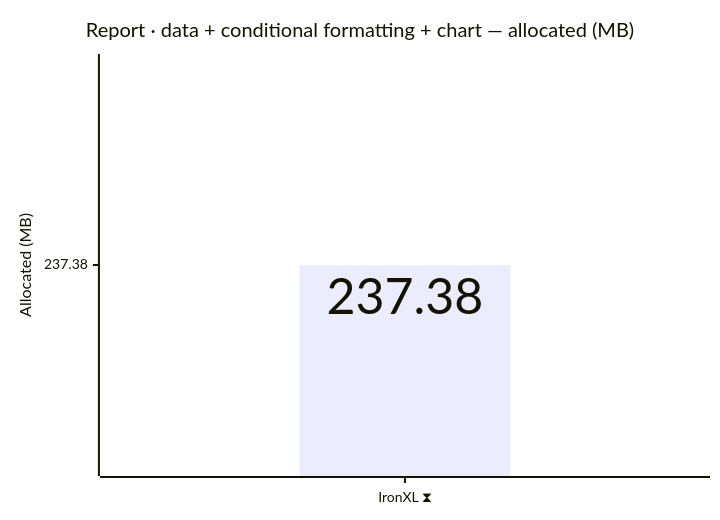
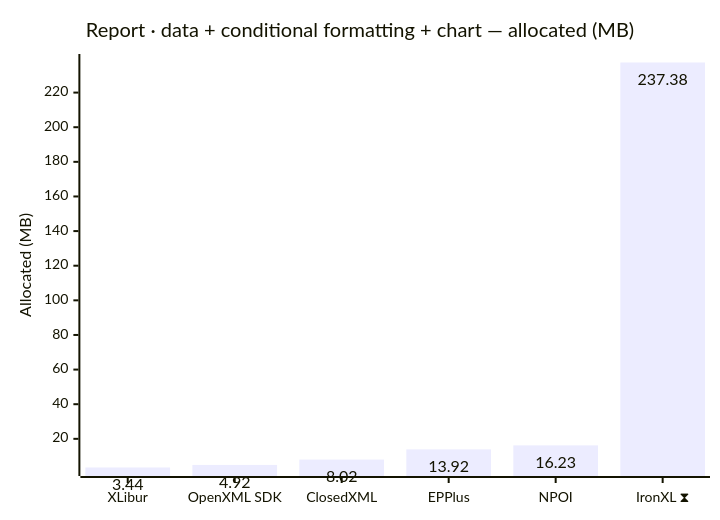
Before and after one commit to jafin/XLBench: the eighth of 12 diagrams in docs/results.md, drawn with Mermaid. The commit also changed other lines of this file and 1 other file, not shown here.

````diff
--- a/docs/results.md
+++ b/docs/results.md
@@ -130,12 +130,12 @@
 ```mermaid
 ---
 config:
   xyChart:
     showDataLabel: true
 ---
 xychart-beta
     title "Report · data + conditional formatting + chart — allocated (MB)"
-    x-axis ["IronXL ⧗"]
+    x-axis ["XLibur", "OpenXML SDK", "ClosedXML", "EPPlus", "NPOI", "IronXL ⧗"]
     y-axis "Allocated (MB)"
-    bar [237.38]
+    bar [3.44, 4.92, 8.02, 13.92, 16.23, 237.38]
 ```
````
